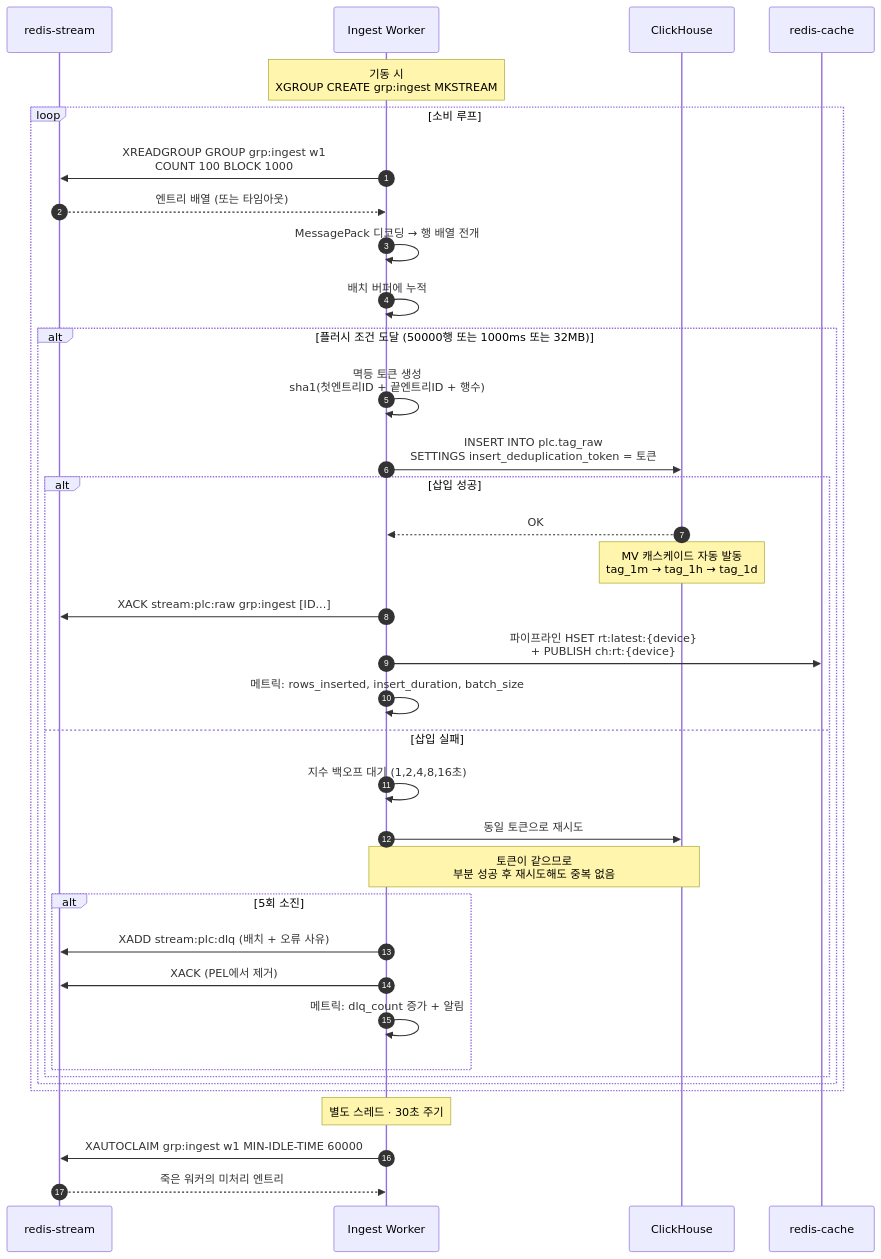
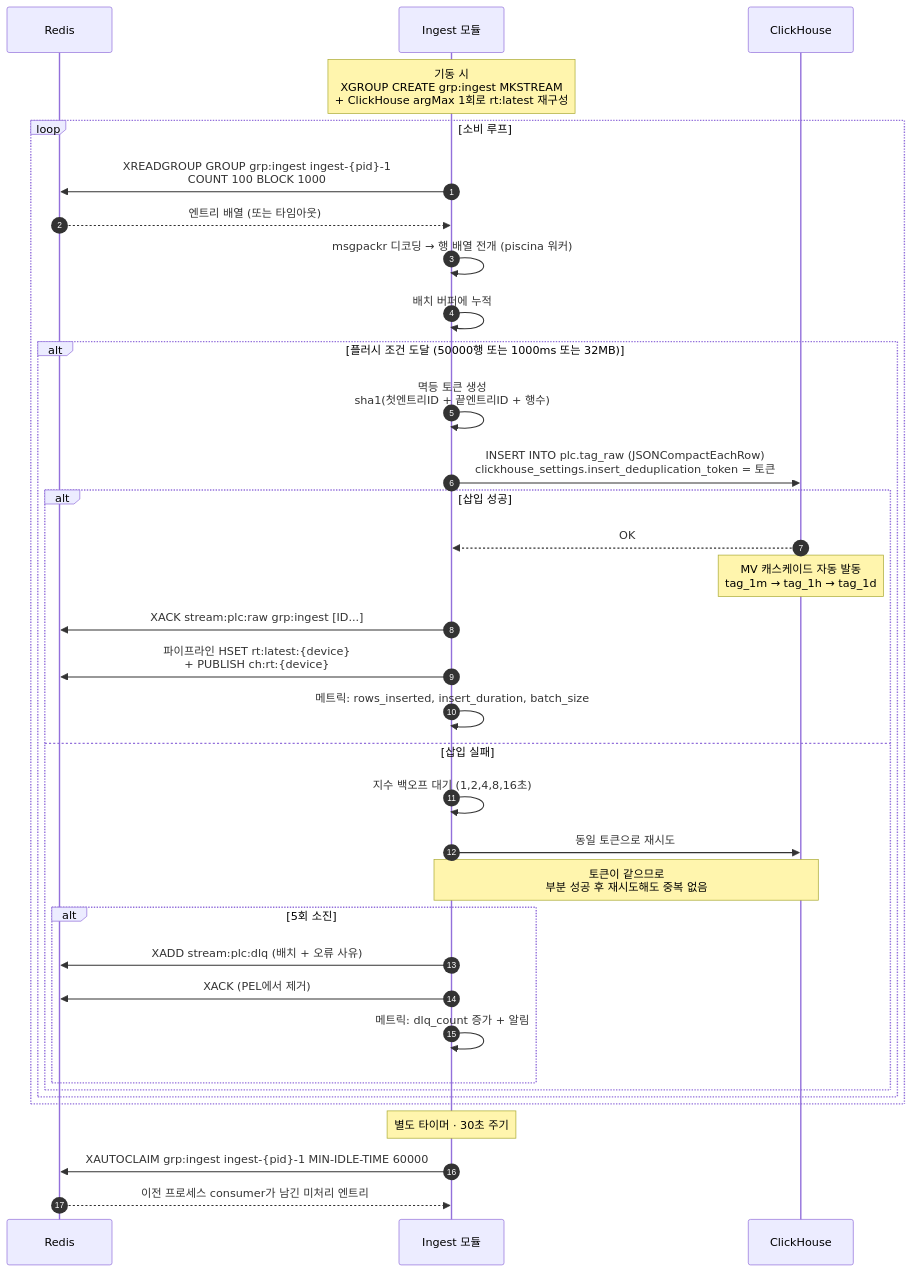
The third of 19 diagrams in data_flow.md (jaepil02/db_study), drawn with Mermaid before and after one commit. The commit also changed other lines of this file and 3 other files, not shown here.

````diff
--- a/data_flow.md
+++ b/data_flow.md
@@ -188,44 +206,43 @@
 ```mermaid
 sequenceDiagram
     autonumber
-    participant SR as redis-stream
-    participant IW as Ingest Worker
+    participant R as Redis
+    participant IW as Ingest 모듈
     participant CH as ClickHouse
-    participant RC as redis-cache
 
-    Note over IW: 기동 시<br/>XGROUP CREATE grp:ingest MKSTREAM
+    Note over IW: 기동 시<br/>XGROUP CREATE grp:ingest MKSTREAM<br/>+ ClickHouse argMax 1회로 rt:latest 재구성
 
     loop 소비 루프
-        IW->>SR: XREADGROUP GROUP grp:ingest w1<br/>COUNT 100 BLOCK 1000
-        SR-->>IW: 엔트리 배열 (또는 타임아웃)
+        IW->>R: XREADGROUP GROUP grp:ingest ingest-{pid}-1<br/>COUNT 100 BLOCK 1000
+        R-->>IW: 엔트리 배열 (또는 타임아웃)
 
-        IW->>IW: MessagePack 디코딩 → 행 배열 전개
+        IW->>IW: msgpackr 디코딩 → 행 배열 전개 (piscina 워커)
         IW->>IW: 배치 버퍼에 누적
 
         alt 플러시 조건 도달 (50000행 또는 1000ms 또는 32MB)
             IW->>IW: 멱등 토큰 생성<br/>sha1(첫엔트리ID + 끝엔트리ID + 행수)
-            IW->>CH: INSERT INTO plc.tag_raw<br/>SETTINGS insert_deduplication_token = 토큰
+            IW->>CH: INSERT INTO plc.tag_raw (JSONCompactEachRow)<br/>clickhouse_settings.insert_deduplication_token = 토큰
 
             alt 삽입 성공
                 CH-->>IW: OK
                 Note over CH: MV 캐스케이드 자동 발동<br/>tag_1m → tag_1h → tag_1d
-                IW->>SR: XACK stream:plc:raw grp:ingest [ID...]
-                IW->>RC: 파이프라인 HSET rt:latest:{device}<br/>+ PUBLISH ch:rt:{device}
+                IW->>R: XACK stream:plc:raw grp:ingest [ID...]
+                IW->>R: 파이프라인 HSET rt:latest:{device}<br/>+ PUBLISH ch:rt:{device}
                 IW->>IW: 메트릭: rows_inserted, insert_duration, batch_size
             else 삽입 실패
                 IW->>IW: 지수 백오프 대기 (1,2,4,8,16초)
                 IW->>CH: 동일 토큰으로 재시도
                 Note over IW,CH: 토큰이 같으므로<br/>부분 성공 후 재시도해도 중복 없음
                 alt 5회 소진
-                    IW->>SR: XADD stream:plc:dlq (배치 + 오류 사유)
-                    IW->>SR: XACK (PEL에서 제거)
+                    IW->>R: XADD stream:plc:dlq (배치 + 오류 사유)
+                    IW->>R: XACK (PEL에서 제거)
                     IW->>IW: 메트릭: dlq_count 증가 + 알림
                 end
             end
         end
     end
 
-    Note over IW: 별도 스레드 · 30초 주기
-    IW->>SR: XAUTOCLAIM grp:ingest w1 MIN-IDLE-TIME 60000
-    SR-->>IW: 죽은 워커의 미처리 엔트리
+    Note over IW: 별도 타이머 · 30초 주기
+    IW->>R: XAUTOCLAIM grp:ingest ingest-{pid}-1 MIN-IDLE-TIME 60000
+    R-->>IW: 이전 프로세스 consumer가 남긴 미처리 엔트리
 ```
````
